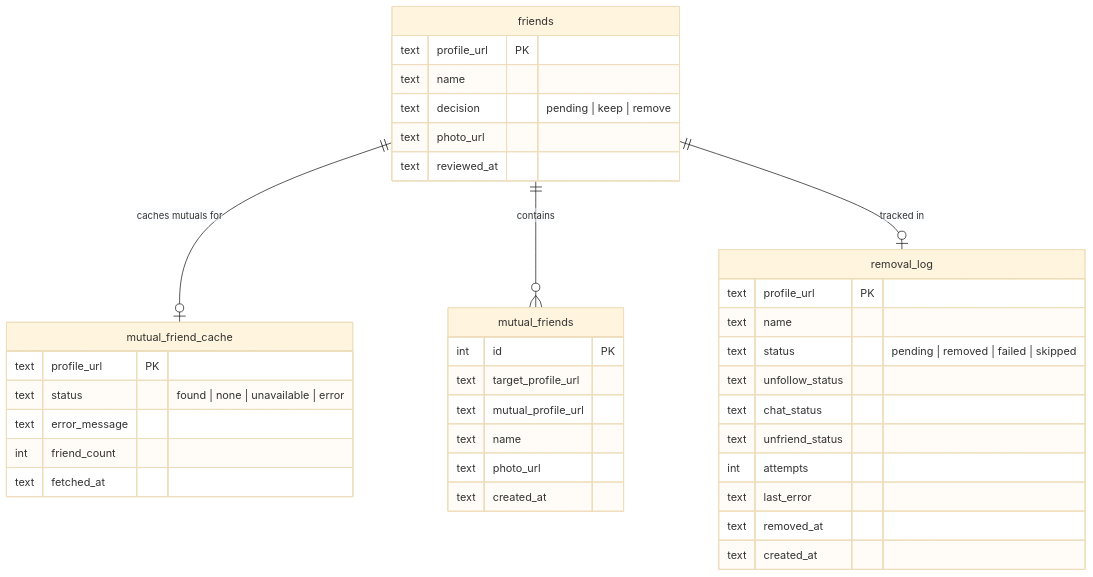
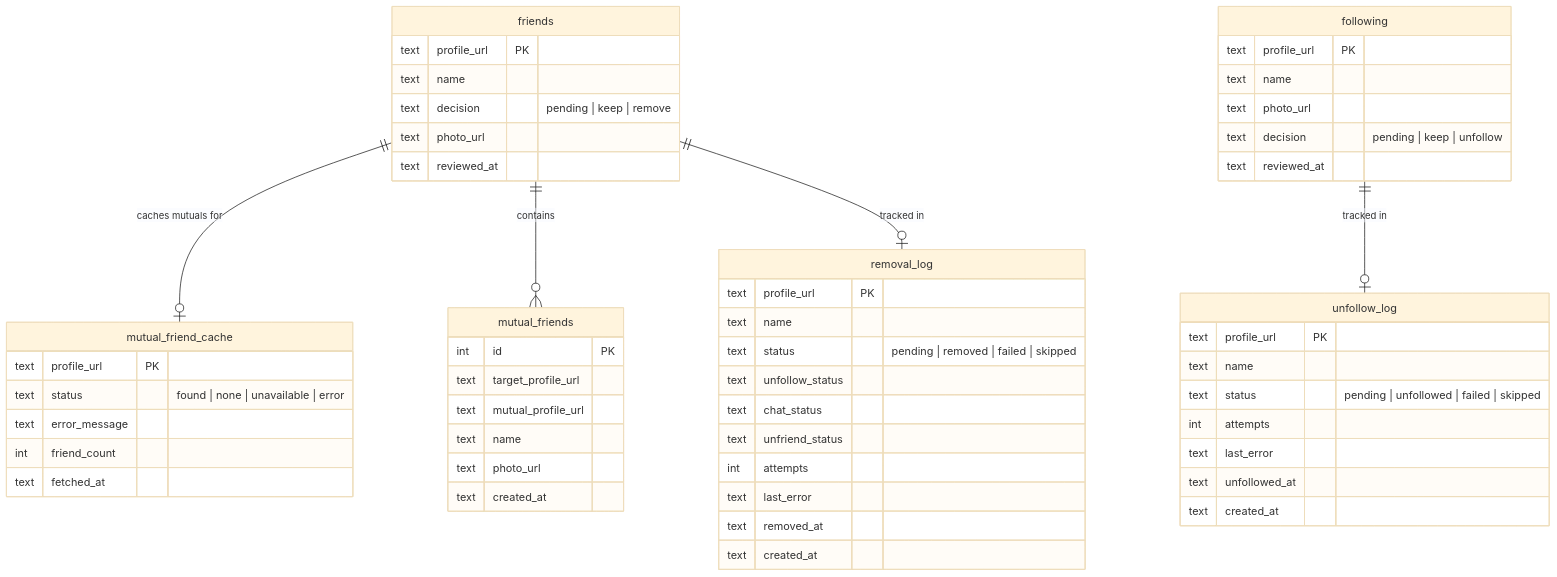
Before and after one commit to ticonetster/fb-friend-cleanup: the third of 3 diagrams in README.md, drawn with Mermaid (base theme). The commit also changed other lines of this file and 4 other files, not shown here.

Commit message:
feat: add Following curation module (collector, review tabs, and unfollow runner)

````diff
--- a/README.md
+++ b/README.md
@@ -212,41 +270,59 @@
 ```mermaid
 erDiagram
     friends ||--o| mutual_friend_cache : "caches mutuals for"
     friends ||--o{ mutual_friends : "contains"
     friends ||--o| removal_log : "tracked in"
 
     friends {
         text profile_url PK
         text name
         text decision "pending | keep | remove"
         text photo_url
         text reviewed_at
     }
     mutual_friend_cache {
         text profile_url PK
         text status "found | none | unavailable | error"
         text error_message
         int friend_count
         text fetched_at
     }
     mutual_friends {
         int id PK
         text target_profile_url
         text mutual_profile_url
         text name
         text photo_url
         text created_at
     }
     removal_log {
         text profile_url PK
         text name
         text status "pending | removed | failed | skipped"
         text unfollow_status
         text chat_status
         text unfriend_status
         int attempts
         text last_error
         text removed_at
         text created_at
     }
+
+    following ||--o| unfollow_log : "tracked in"
+    following {
+        text profile_url PK
+        text name
+        text photo_url
+        text decision "pending | keep | unfollow"
+        text reviewed_at
+    }
+    unfollow_log {
+        text profile_url PK
+        text name
+        text status "pending | unfollowed | failed | skipped"
+        int attempts
+        text last_error
+        text unfollowed_at
+        text created_at
+    }
 ```
````
